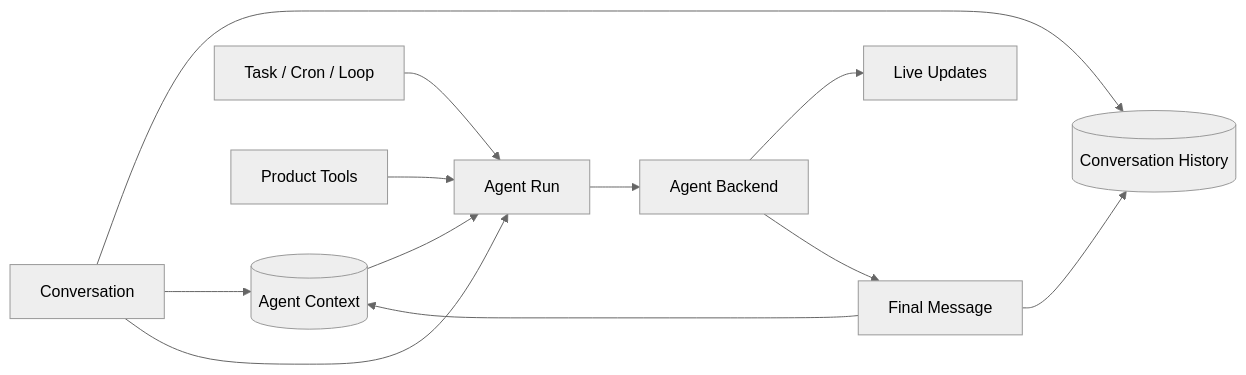
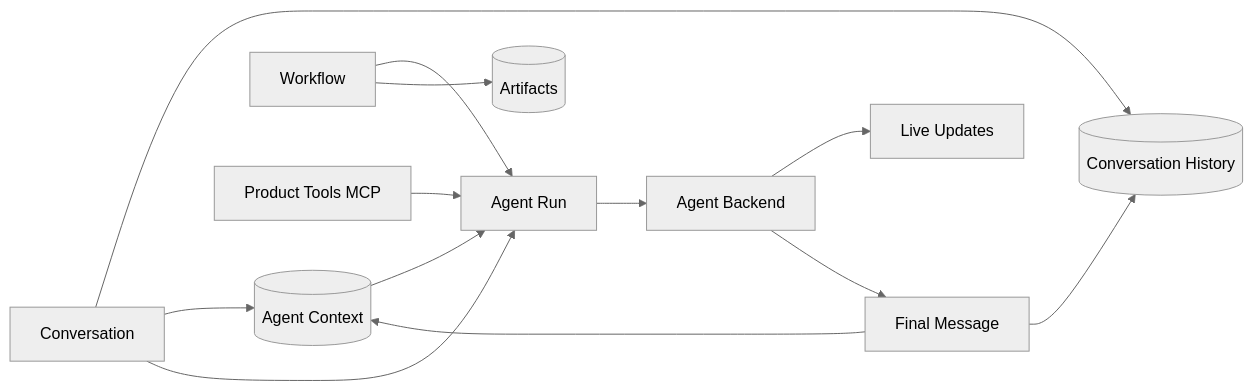
Before and after one commit to Chengchcc/my-agent-dev: the diagram in docs/architecture/backend/overview.md, drawn with Mermaid (neutral theme). The commit also changed other lines of this file and 20 other files, not shown here.

First line of the commit message:
docs(repo): restructure architecture wiki for the workflow era

````diff
--- a/docs/architecture/backend/overview.md
+++ b/docs/architecture/backend/overview.md
@@ -36,14 +38,15 @@
 ```mermaid
 flowchart LR
   Conversation --> History[(Conversation History)]
   Conversation --> Context[(Agent Context)]
-  Task[Task / Cron / Loop] --> Run[Agent Run]
+  Workflow[Workflow] --> Run[Agent Run]
   Conversation --> Run
   Context --> Run
   Run --> Backend[Agent Backend]
-  Tools[Product Tools] --> Run
+  Tools[Product Tools MCP] --> Run
+  Workflow --> Artifact[(Artifacts)]
   Backend --> Updates[Live Updates]
   Backend --> Message[Final Message]
   Message --> History
   Message --> Context
 ```
````
